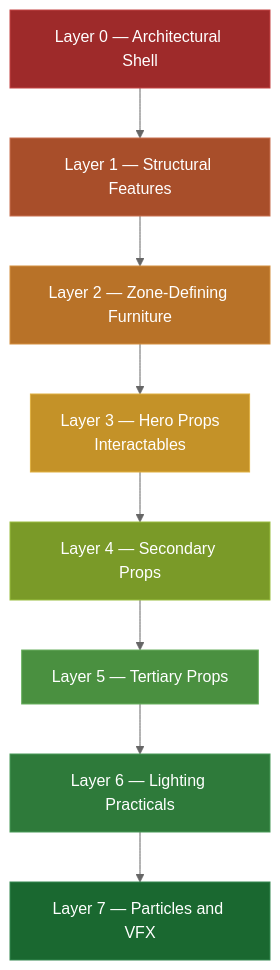
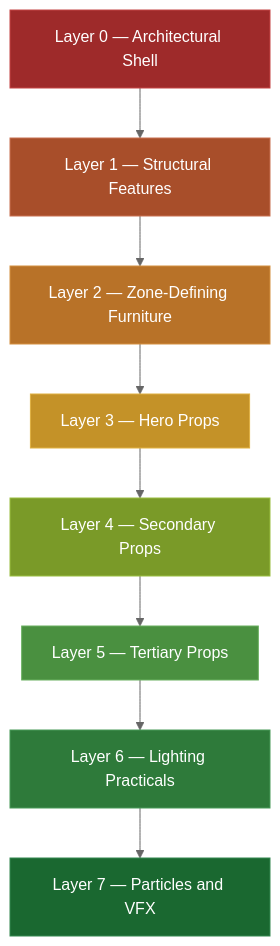
One commit to nmcguinness/L8-3DGD-Module-Content changed the diagram in Notes/interior_level_design.md. Above: the diagram before and after it, drawn with Mermaid (neutral theme).

````diff
--- a/Notes/interior_level_design.md
+++ b/Notes/interior_level_design.md
@@ -254,22 +254,22 @@
 ```mermaid
 flowchart TD
     L0["Layer 0 — Architectural Shell"]
     L1["Layer 1 — Structural Features"]
     L2["Layer 2 — Zone-Defining Furniture"]
-    L3["Layer 3 — Hero Props\nInteractables"]
+    L3["Layer 3 — Hero Props"]
     L4["Layer 4 — Secondary Props"]
     L5["Layer 5 — Tertiary Props"]
     L6["Layer 6 — Lighting Practicals"]
     L7["Layer 7 — Particles and VFX"]
 
     L0 --> L1 --> L2 --> L3 --> L4 --> L5 --> L6 --> L7
 
   style L0 fill:#9E2A2A,color:#ffffff,stroke:#C44444
     style L1 fill:#A84E2A,color:#ffffff,stroke:#C87050
     style L2 fill:#B87228,color:#ffffff,stroke:#D49040
     style L3 fill:#C49228,color:#ffffff,stroke:#E0B040
     style L4 fill:#7A9A28,color:#ffffff,stroke:#9ABE40
     style L5 fill:#4A9040,color:#ffffff,stroke:#6AB060
     style L6 fill:#2E7A3A,color:#ffffff,stroke:#489A58
     style L7 fill:#1A6830,color:#ffffff,stroke:#348850
 ```
````
